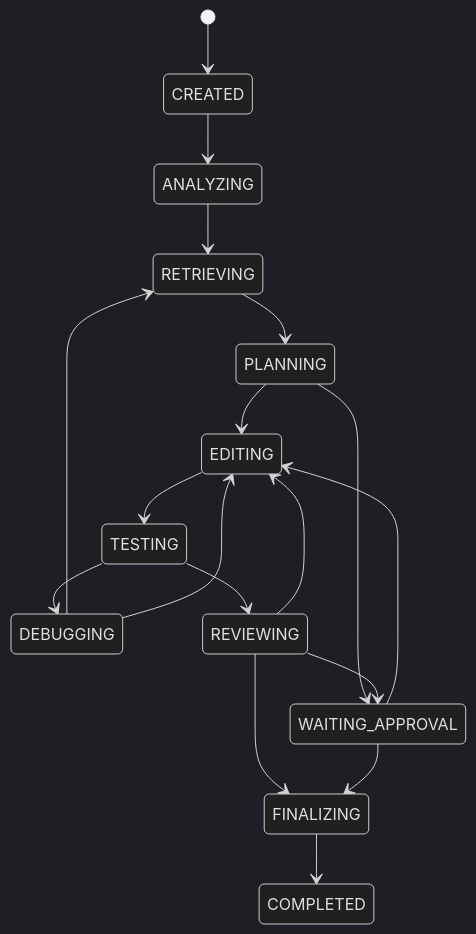
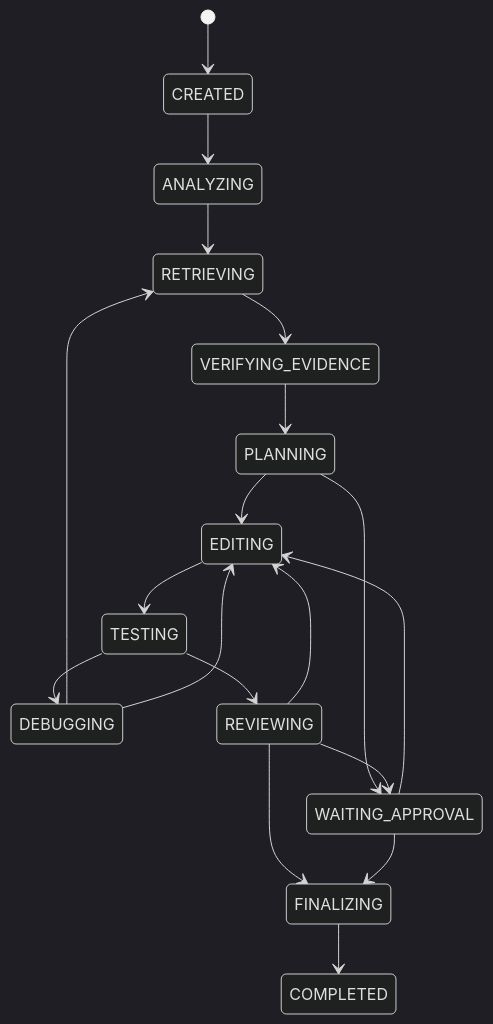
The second of 3 diagrams in docs/system-architecture.md (BinCry/Agentic-AI), drawn with Mermaid (dark theme) before and after one commit. The commit also changed 7 other files, not shown here.

````diff
--- a/docs/system-architecture.md
+++ b/docs/system-architecture.md
@@ -22,20 +22,21 @@
 ```mermaid
 stateDiagram-v2
     [*] --> CREATED
     CREATED --> ANALYZING
     ANALYZING --> RETRIEVING
-    RETRIEVING --> PLANNING
+    RETRIEVING --> VERIFYING_EVIDENCE
+    VERIFYING_EVIDENCE --> PLANNING
     PLANNING --> EDITING
     PLANNING --> WAITING_APPROVAL
     EDITING --> TESTING
     TESTING --> DEBUGGING
     TESTING --> REVIEWING
     DEBUGGING --> RETRIEVING
     DEBUGGING --> EDITING
     REVIEWING --> EDITING
     REVIEWING --> WAITING_APPROVAL
     REVIEWING --> FINALIZING
     WAITING_APPROVAL --> EDITING
     WAITING_APPROVAL --> FINALIZING
     FINALIZING --> COMPLETED
 ```
````
